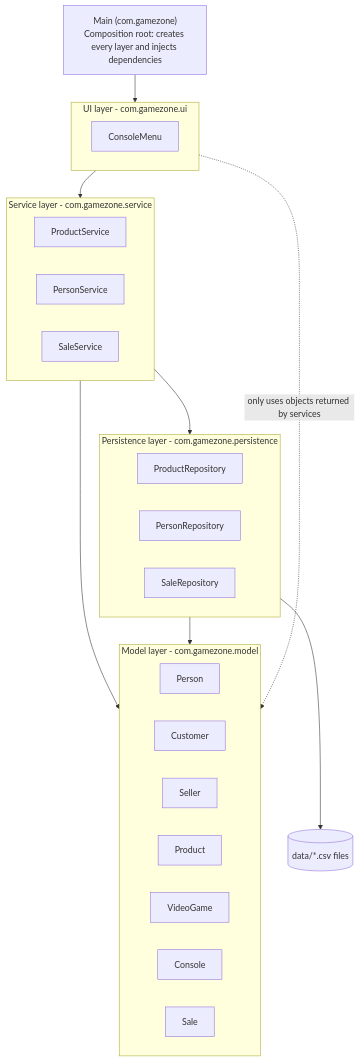
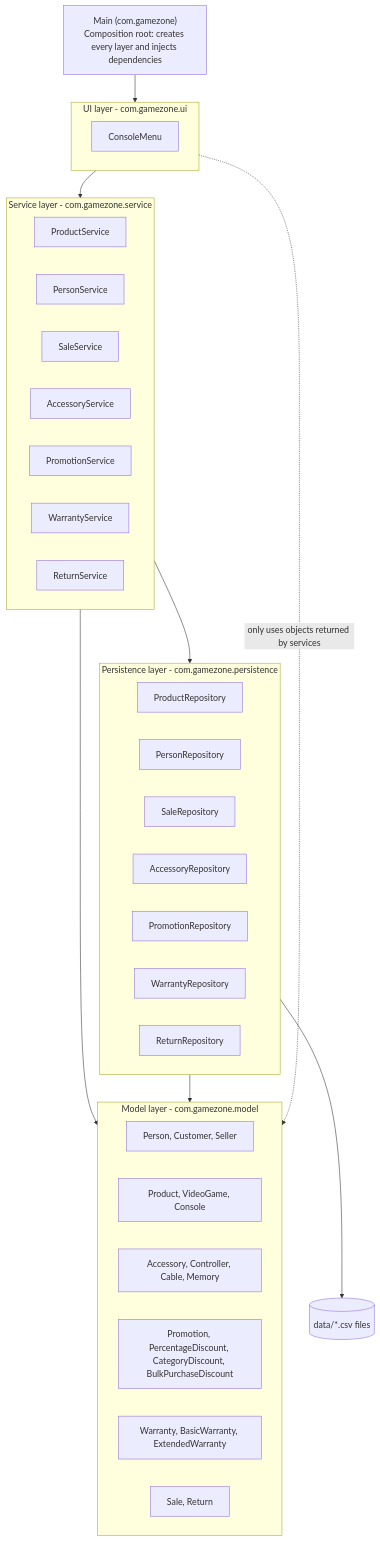
One commit to kjhosepmercadom/GameZoneUnicesar changed the diagram in docs/layers-diagram.md. Above: the diagram before and after it, drawn with Mermaid. The commit also changed other lines of this file, not shown here.

Commit message:
docs: update the layers diagram with every module

````diff
--- a/docs/layers-diagram.md
+++ b/docs/layers-diagram.md
@@ -7,40 +7,48 @@
 ```mermaid
 flowchart TB
     main["Main (com.gamezone)<br/>Composition root: creates every layer and injects dependencies"]
 
     subgraph ui["UI layer - com.gamezone.ui"]
         ConsoleMenu
     end
 
     subgraph service["Service layer - com.gamezone.service"]
         ProductService
         PersonService
         SaleService
+        AccessoryService
+        PromotionService
+        WarrantyService
+        ReturnService
     end
 
     subgraph persistence["Persistence layer - com.gamezone.persistence"]
         ProductRepository
         PersonRepository
         SaleRepository
+        AccessoryRepository
+        PromotionRepository
+        WarrantyRepository
+        ReturnRepository
     end
 
     subgraph model["Model layer - com.gamezone.model"]
-        Person
-        Customer
-        Seller
-        Product
-        VideoGame
-        Console
-        Sale
+        direction LR
+        People["Person, Customer, Seller"]
+        Products["Product, VideoGame, Console"]
+        Accessories["Accessory, Controller, Cable, Memory"]
+        Promotions["Promotion, PercentageDiscount, CategoryDiscount, BulkPurchaseDiscount"]
+        Warranties["Warranty, BasicWarranty, ExtendedWarranty"]
+        Sales["Sale, Return"]
     end
 
     files[("data/*.csv files")]
 
     main --> ui
     ui --> service
     service --> persistence
     service --> model
     persistence --> model
     persistence --> files
     ui -. "only uses objects returned by services" .-> model
 ```
````
